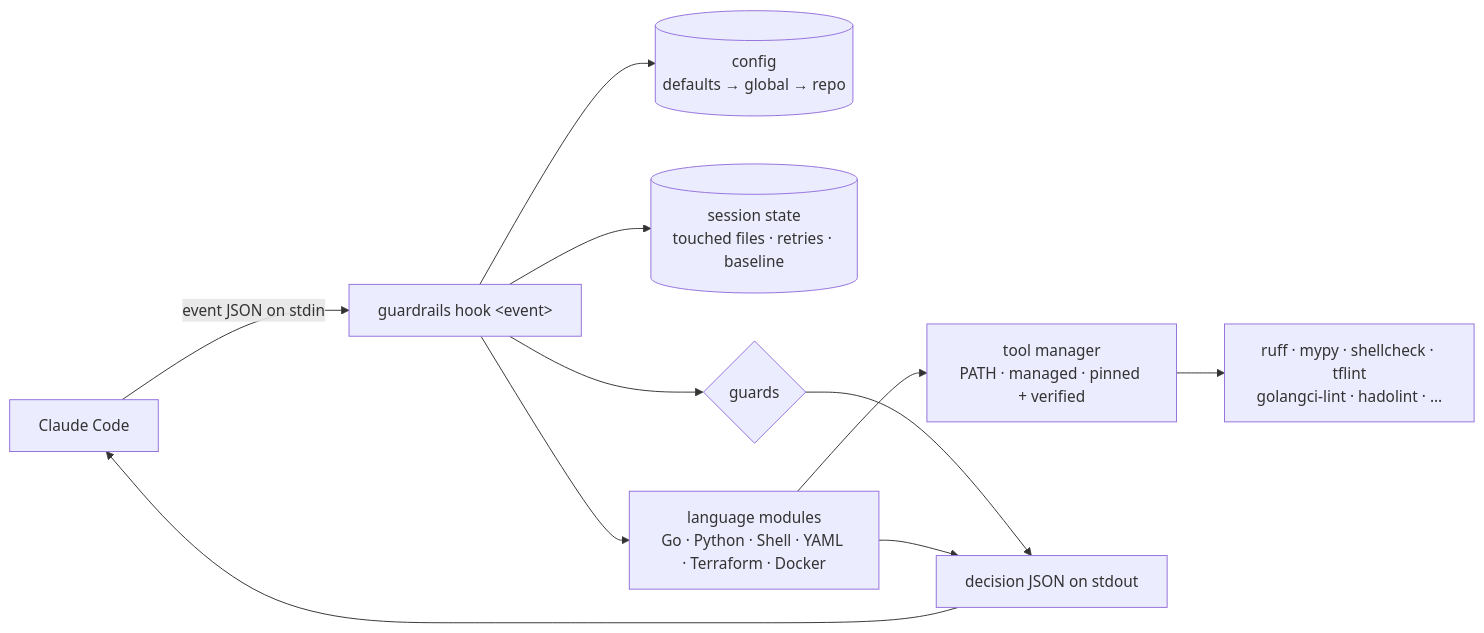
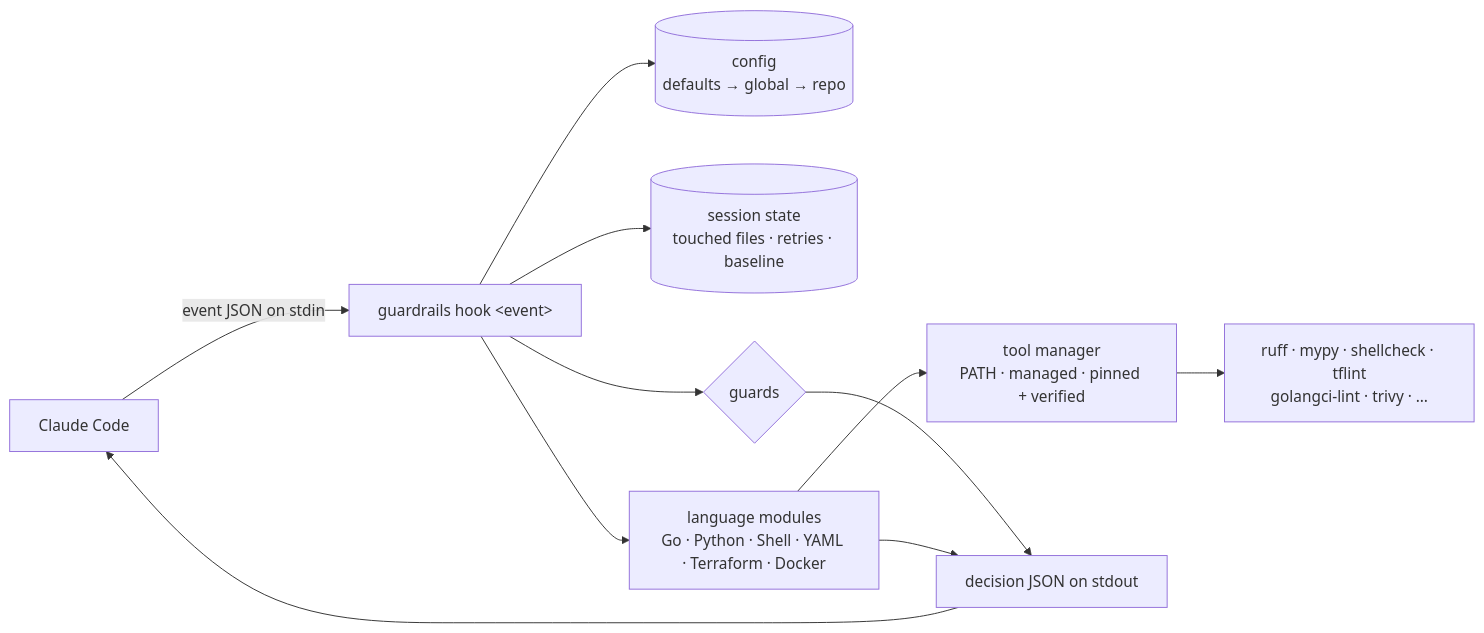
One commit to rossedman/guardrails changed the diagram in docs/how-it-works.md. Above: the diagram before and after it, drawn with Mermaid. The commit also changed 6 other files, not shown here.

````diff
--- a/docs/how-it-works.md
+++ b/docs/how-it-works.md
@@ -7,13 +7,13 @@
 ```mermaid
 flowchart LR
     CC[Claude Code] -- event JSON on stdin --> H[guardrails hook &lt;event&gt;]
     H --> C[(config<br/>defaults → global → repo)]
     H --> S[(session state<br/>touched files · retries · baseline)]
     H --> G{guards}
     H --> M[language modules<br/>Go · Python · Shell · YAML · Terraform · Docker]
     M --> P[tool manager<br/>PATH · managed · pinned + verified]
-    P --> T[ruff · mypy · shellcheck · tflint<br/>golangci-lint · hadolint · …]
+    P --> T[ruff · mypy · shellcheck · tflint<br/>golangci-lint · trivy · …]
     G --> D[decision JSON on stdout]
     M --> D
     D --> CC
 ```
````
